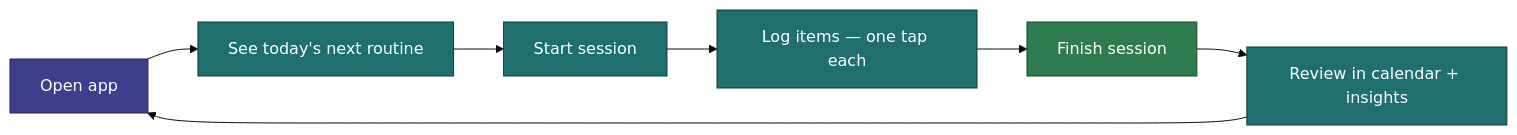
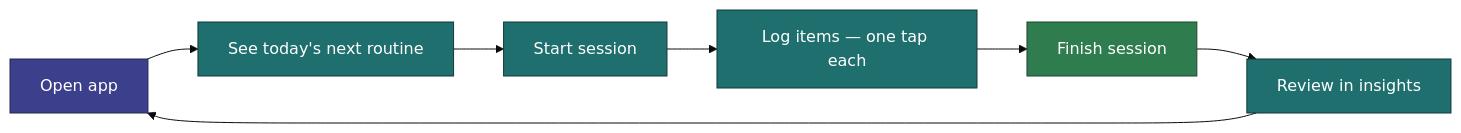
Before and after one commit to jermbo/CosmicWorkOut: the diagram in docs/vision/north-star.md, drawn with Mermaid (base theme). The commit also changed other lines of this file and 197 other files, not shown here.

````diff
--- a/docs/vision/north-star.md
+++ b/docs/vision/north-star.md
@@ -39,16 +39,16 @@
 ```mermaid
 flowchart LR
     Open[Open app] --> Today[See today's next routine]
     Today --> Start[Start session]
     Start --> Log[Log items — one tap each]
     Log --> Finish[Finish session]
-    Finish --> History[Review in calendar + insights]
+    Finish --> History[Review in insights]
     History --> Open
 
     classDef entry fill:#3b3f8c,stroke:#23264f,color:#ffffff;
     classDef step fill:#1f6f6f,stroke:#0f3a3a,color:#ffffff;
     classDef finish fill:#2f7d4f,stroke:#1a472d,color:#ffffff;
     class Open entry;
     class Today,Start,Log,History step;
     class Finish finish;
 ```
````
